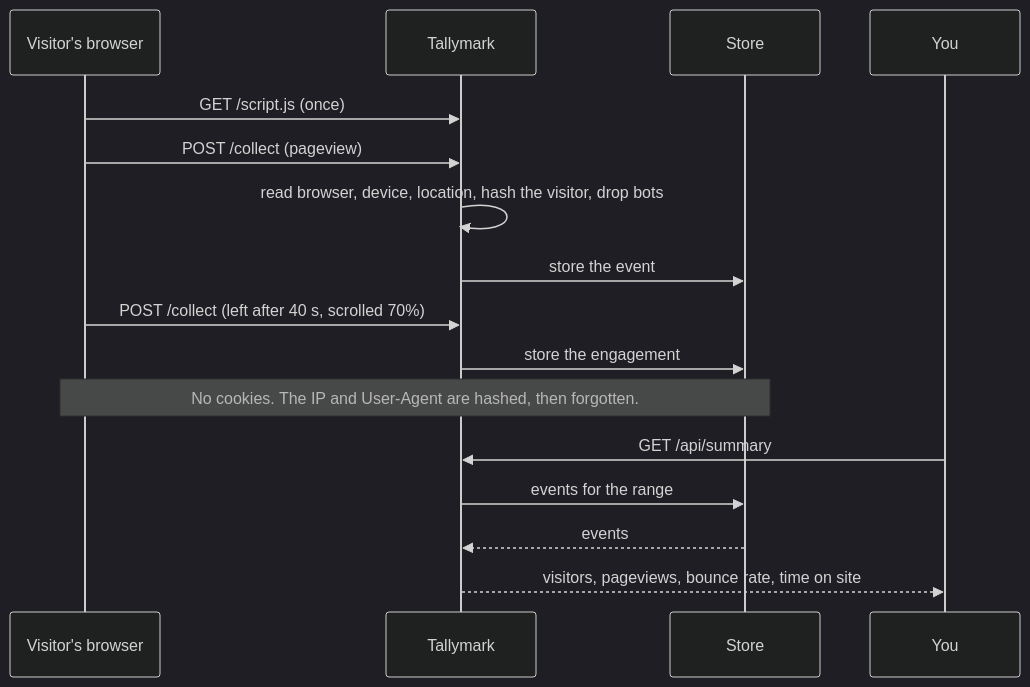
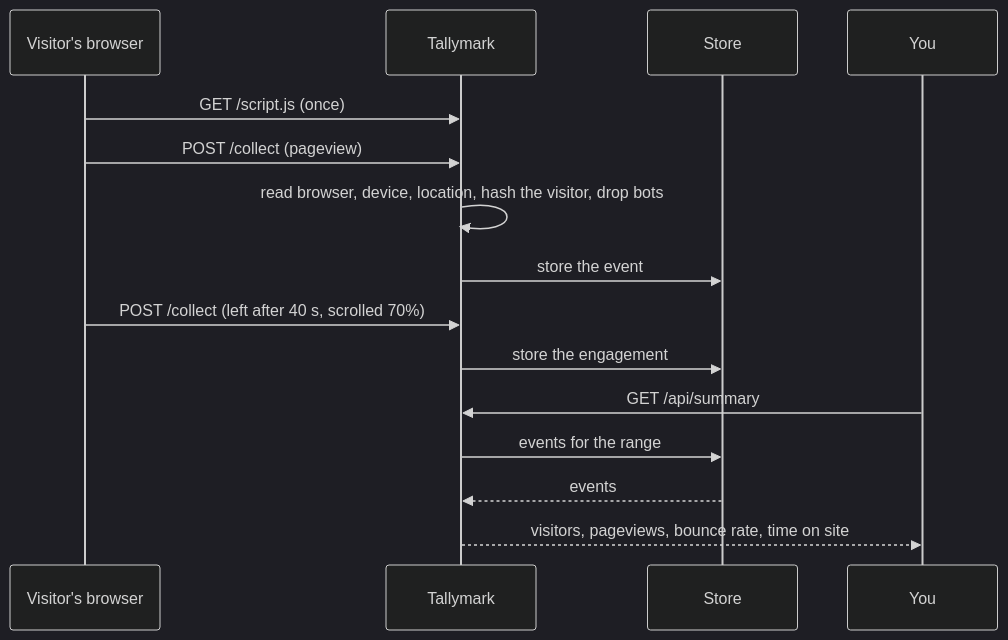
The second of 2 diagrams in README.md (whoisjayd/tallymark), drawn with Mermaid (dark theme) before and after one commit. The commit also changed other lines of this file and 2 other files, not shown here.

````diff
--- a/README.md
+++ b/README.md
@@ -63,19 +115,18 @@
 ```mermaid
 sequenceDiagram
     participant V as Visitor's browser
     participant T as Tallymark
     participant D as Store
     participant Y as You
 
     V->>T: GET /script.js (once)
     V->>T: POST /collect (pageview)
     T->>T: read browser, device, location, hash the visitor, drop bots
     T->>D: store the event
     V->>T: POST /collect (left after 40 s, scrolled 70%)
     T->>D: store the engagement
-    Note over V,D: No cookies. The IP and User-Agent are hashed, then forgotten.
     Y->>T: GET /api/summary
     T->>D: events for the range
     D-->>T: events
     T-->>Y: visitors, pageviews, bounce rate, time on site
 ```
````
